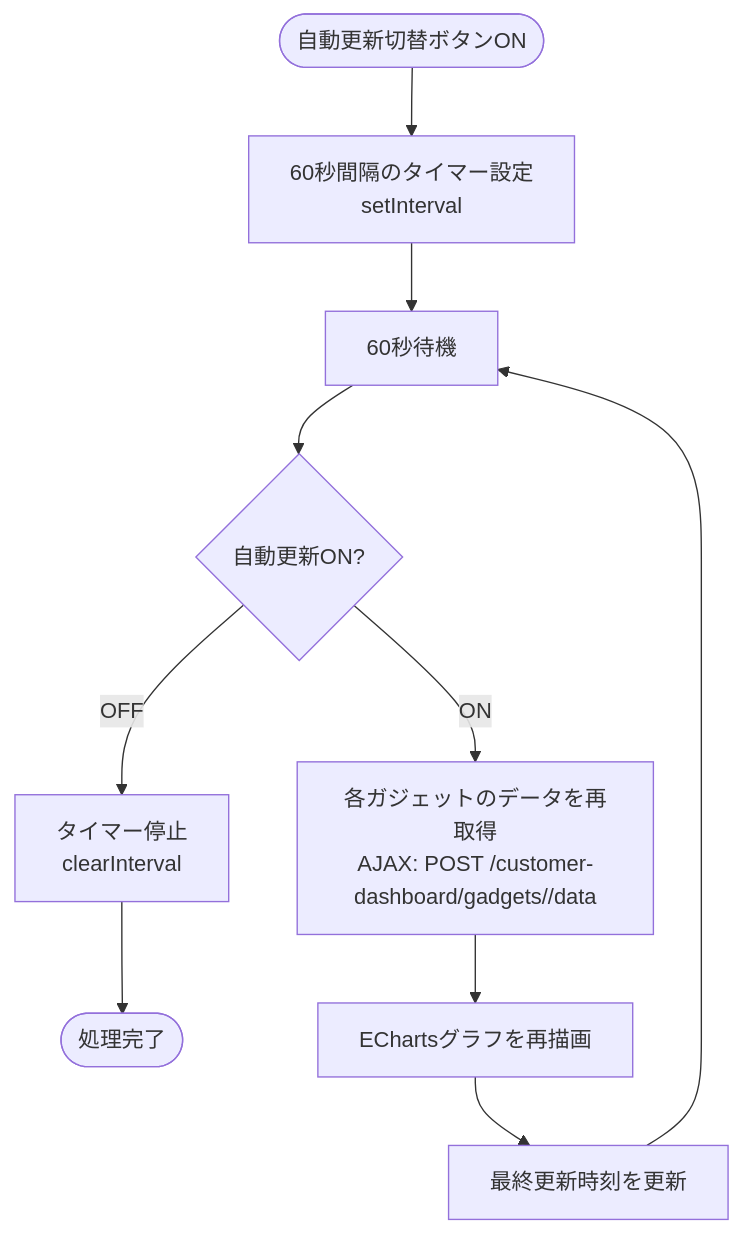
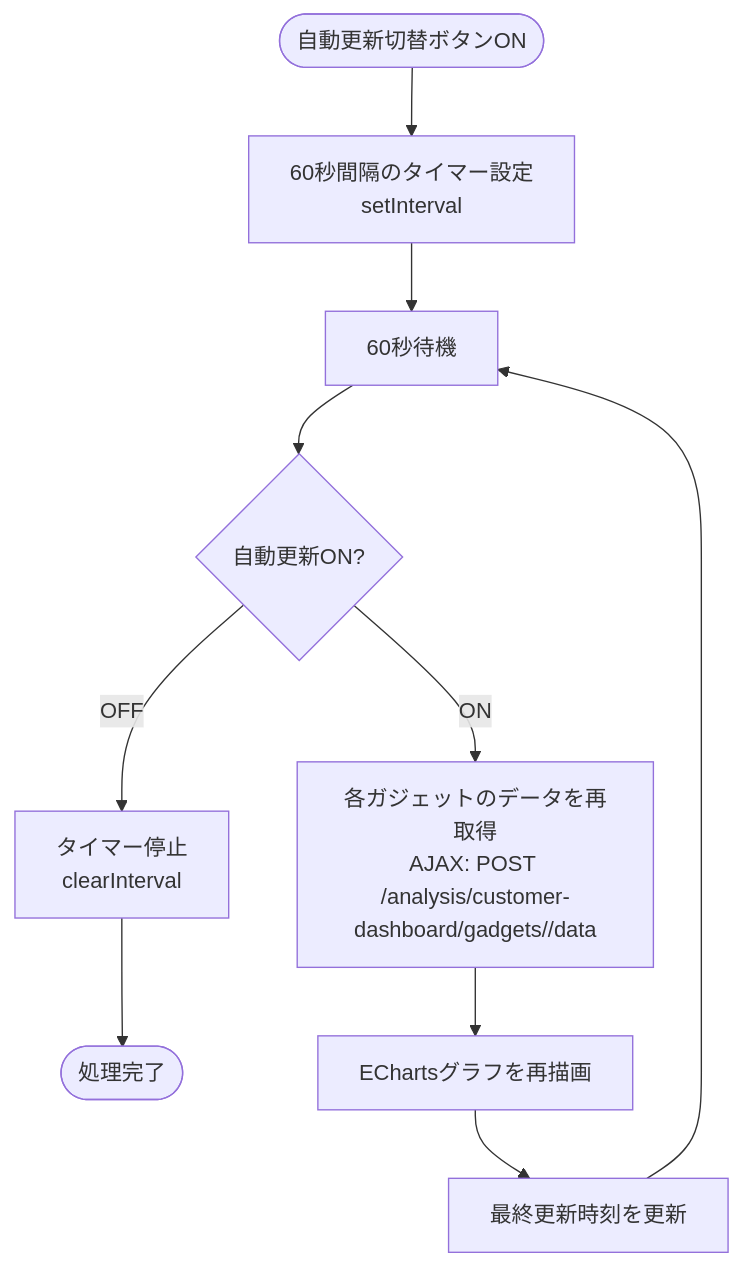
One commit to NSW-SVCP-AIWG002/Databricks-IoT changed diagram 14 of 15 in docs/03-features/flask-app/customer-dashboard/common/workflow-specification.md. Above: the diagram before and after it, drawn with Mermaid. The commit also changed other lines of this file and 5 other files, not shown here.

````diff
--- a/docs/03-features/flask-app/customer-dashboard/common/workflow-specification.md
+++ b/docs/03-features/flask-app/customer-dashboard/common/workflow-specification.md
@@ -2284,13 +2284,13 @@
 ```mermaid
 flowchart TD
     Start([自動更新切替ボタンON]) --> SetInterval[60秒間隔のタイマー設定<br>setInterval]
     SetInterval --> Wait[60秒待機]
     Wait --> CheckEnabled{自動更新ON?}
     CheckEnabled -->|OFF| ClearInterval[タイマー停止<br>clearInterval]
     ClearInterval --> End([処理完了])
 
-    CheckEnabled -->|ON| FetchData[各ガジェットのデータを再取得<br>AJAX: POST /customer-dashboard/gadgets/<gadget_uuid>/data]
+    CheckEnabled -->|ON| FetchData[各ガジェットのデータを再取得<br>AJAX: POST /analysis/customer-dashboard/gadgets/<gadget_uuid>/data]
     FetchData --> UpdateChart[EChartsグラフを再描画]
     UpdateChart --> UpdateTime[最終更新時刻を更新]
     UpdateTime --> Wait
 ```
````
